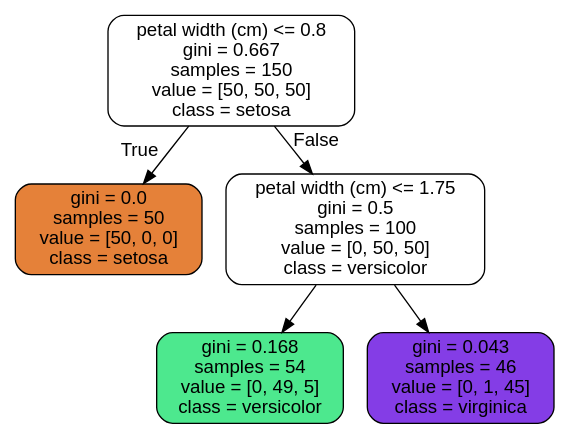
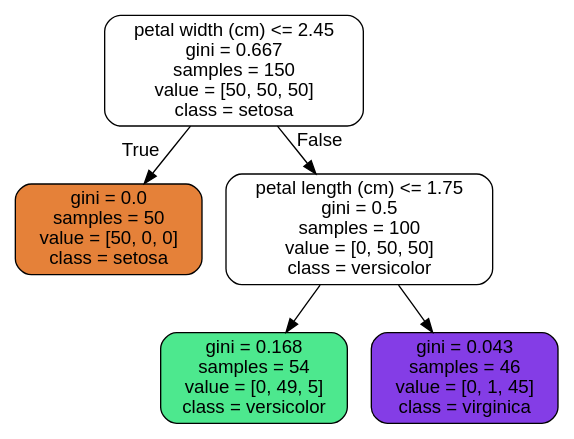
The diagram in decision-trees/iris_tree_depth_2.dot (nuclearglow/machine-learning), drawn with Graphviz before and after one commit. The commit also changed 8 other files, not shown here.

```diff
--- a/decision-trees/iris_tree_depth_2.dot
+++ b/decision-trees/iris_tree_depth_2.dot
@@ -1,13 +1,13 @@
 digraph Tree {
 node [shape=box, style="filled, rounded", color="black", fontname=helvetica] ;
 edge [fontname=helvetica] ;
-0 [label="petal width (cm) <= 0.8\ngini = 0.667\nsamples = 150\nvalue = [50, 50, 50]\nclass = setosa", fillcolor="#ffffff"] ;
+0 [label="petal width (cm) <= 2.45\ngini = 0.667\nsamples = 150\nvalue = [50, 50, 50]\nclass = setosa", fillcolor="#ffffff"] ;
 1 [label="gini = 0.0\nsamples = 50\nvalue = [50, 0, 0]\nclass = setosa", fillcolor="#e58139"] ;
 0 -> 1 [labeldistance=2.5, labelangle=45, headlabel="True"] ;
-2 [label="petal width (cm) <= 1.75\ngini = 0.5\nsamples = 100\nvalue = [0, 50, 50]\nclass = versicolor", fillcolor="#ffffff"] ;
+2 [label="petal length (cm) <= 1.75\ngini = 0.5\nsamples = 100\nvalue = [0, 50, 50]\nclass = versicolor", fillcolor="#ffffff"] ;
 0 -> 2 [labeldistance=2.5, labelangle=-45, headlabel="False"] ;
 3 [label="gini = 0.168\nsamples = 54\nvalue = [0, 49, 5]\nclass = versicolor", fillcolor="#4de88e"] ;
 2 -> 3 ;
 4 [label="gini = 0.043\nsamples = 46\nvalue = [0, 1, 45]\nclass = virginica", fillcolor="#843de6"] ;
 2 -> 4 ;
 }
```
